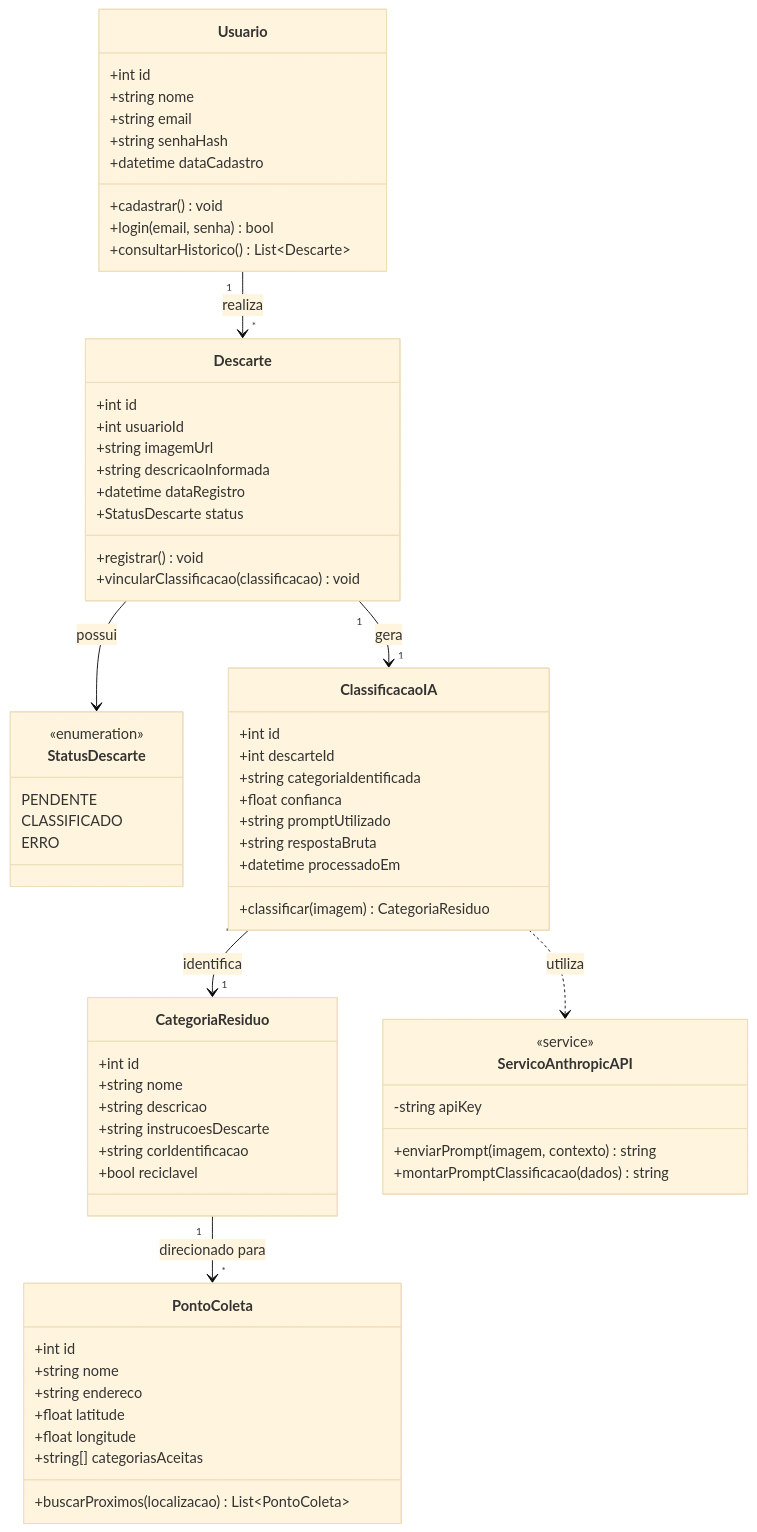
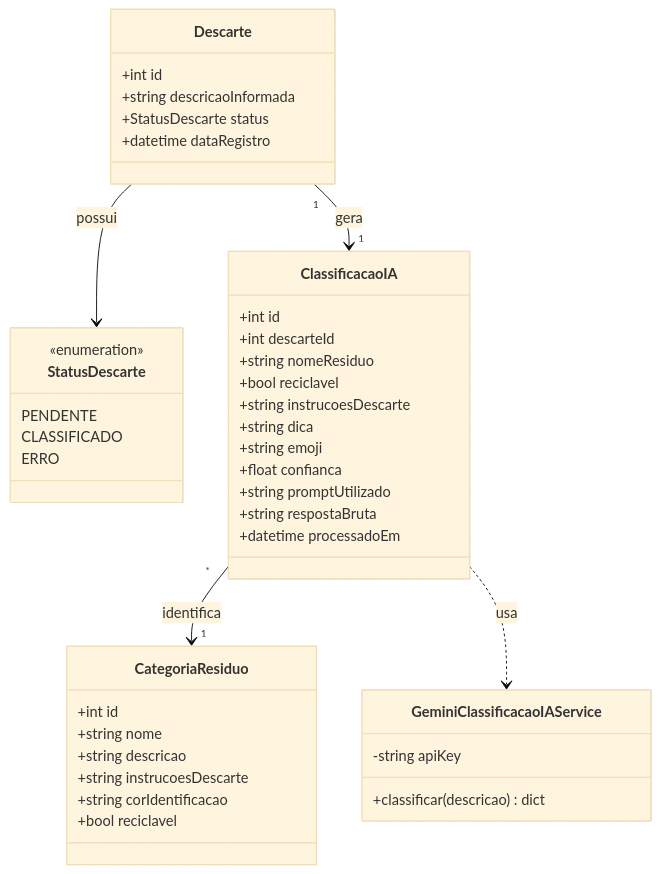
The diagram in docs/diagrama-classes.md (gabrielroliveira98-cell/App-DescarteIA), drawn with Mermaid (base theme) before and after one commit. The commit also changed other lines of this file and 5 other files, not shown here.

````diff
--- a/docs/diagrama-classes.md
+++ b/docs/diagrama-classes.md
@@ -5,75 +5,49 @@
 ```mermaid
 classDiagram
-    class Usuario {
-        +int id
-        +string nome
-        +string email
-        +string senhaHash
-        +datetime dataCadastro
-        +cadastrar() void
-        +login(email, senha) bool
-        +consultarHistorico() List~Descarte~
-    }
-
     class Descarte {
         +int id
-        +int usuarioId
-        +string imagemUrl
         +string descricaoInformada
+        +StatusDescarte status
         +datetime dataRegistro
-        +StatusDescarte status
-        +registrar() void
-        +vincularClassificacao(classificacao) void
     }
 
     class StatusDescarte {
         <<enumeration>>
         PENDENTE
         CLASSIFICADO
         ERRO
     }
 
     class ClassificacaoIA {
         +int id
         +int descarteId
-        +string categoriaIdentificada
+        +string nomeResiduo
+        +bool reciclavel
+        +string instrucoesDescarte
+        +string dica
+        +string emoji
         +float confianca
         +string promptUtilizado
         +string respostaBruta
         +datetime processadoEm
-        +classificar(imagem) CategoriaResiduo
     }
 
     class CategoriaResiduo {
         +int id
         +string nome
         +string descricao
         +string instrucoesDescarte
         +string corIdentificacao
         +bool reciclavel
     }
 
-    class ServicoAnthropicAPI {
-        <<service>>
+    class GeminiClassificacaoIAService {
         -string apiKey
-        +enviarPrompt(imagem, contexto) string
-        +montarPromptClassificacao(dados) string
+        +classificar(descricao) dict
     }
 
-    class PontoColeta {
-        +int id
-        +string nome
-        +string endereco
-        +float latitude
-        +float longitude
-        +string[] categoriasAceitas
-        +buscarProximos(localizacao) List~PontoColeta~
-    }
-
-    Usuario "1" --> "*" Descarte : realiza
     Descarte "1" --> "1" ClassificacaoIA : gera
     ClassificacaoIA "*" --> "1" CategoriaResiduo : identifica
-    ClassificacaoIA ..> ServicoAnthropicAPI : utiliza
+    ClassificacaoIA ..> GeminiClassificacaoIAService : usa
     Descarte --> StatusDescarte : possui
-    CategoriaResiduo "1" --> "*" PontoColeta : direcionado para
 ```
````
